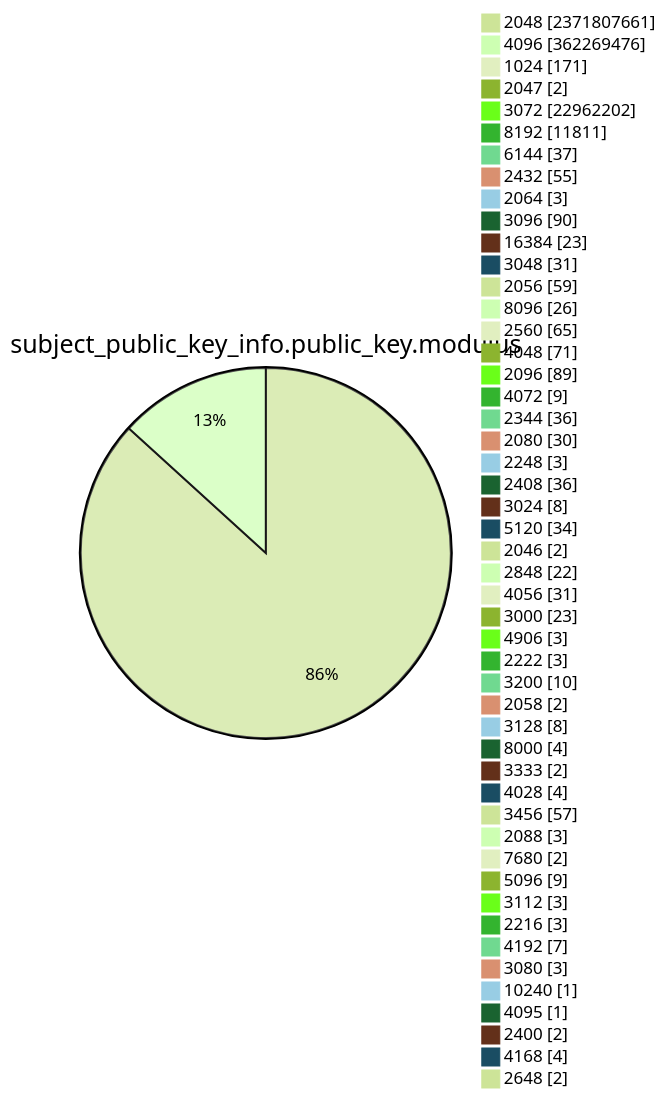
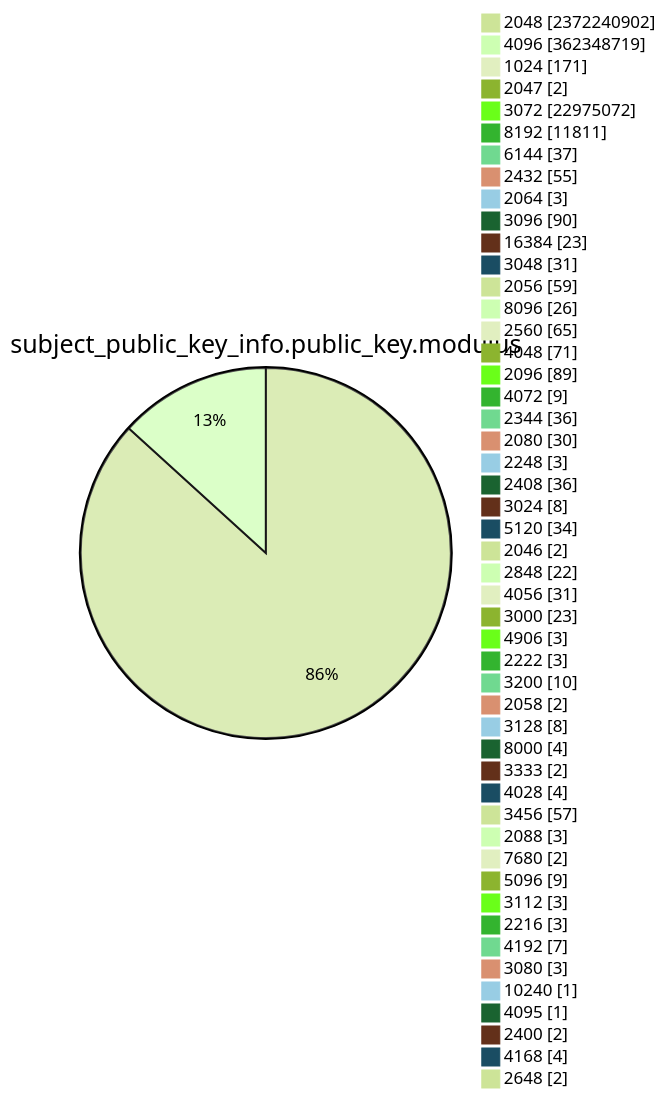
One commit to christiankrug/ctmonitor_visualization changed diagram 13 of 15 in TOTAL/README.md. Above: the diagram before and after it, drawn with Mermaid (forest theme). The commit also changed other lines of this file, not shown here.

````diff
--- a/TOTAL/README.md
+++ b/TOTAL/README.md
@@ -4167,53 +4167,53 @@
 ```mermaid
 pie showData
 title subject_public_key_info.public_key.modulus
-"2048" :2371807661
-"4096" :362269476
+"2048" :2372240902
+"4096" :362348719
 "1024" :171
 "2047" :2
-"3072" :22962202
+"3072" :22975072
 "8192" :11811
 "6144" :37
 "2432" :55
 "2064" :3
 "3096" :90
 "16384" :23
 "3048" :31
 "2056" :59
 "8096" :26
 "2560" :65
 "4048" :71
 "2096" :89
 "4072" :9
 "2344" :36
 "2080" :30
 "2248" :3
 "2408" :36
 "3024" :8
 "5120" :34
 "2046" :2
 "2848" :22
 "4056" :31
 "3000" :23
 "4906" :3
 "2222" :3
 "3200" :10
 "2058" :2
 "3128" :8
 "8000" :4
 "3333" :2
 "4028" :4
 "3456" :57
 "2088" :3
 "7680" :2
 "5096" :9
 "3112" :3
 "2216" :3
 "4192" :7
 "3080" :3
 "10240" :1
 "4095" :1
 "2400" :2
 "4168" :4
 "2648" :2
 ```
````
